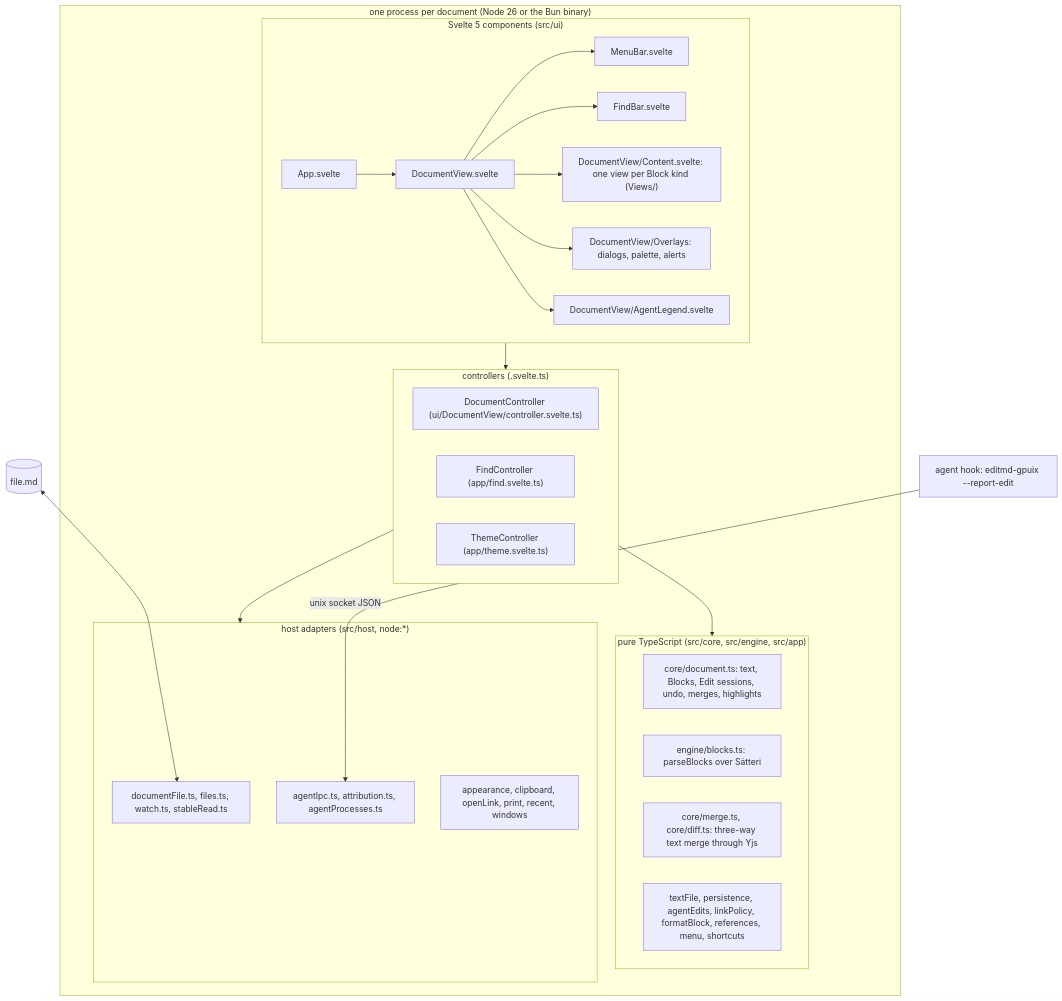
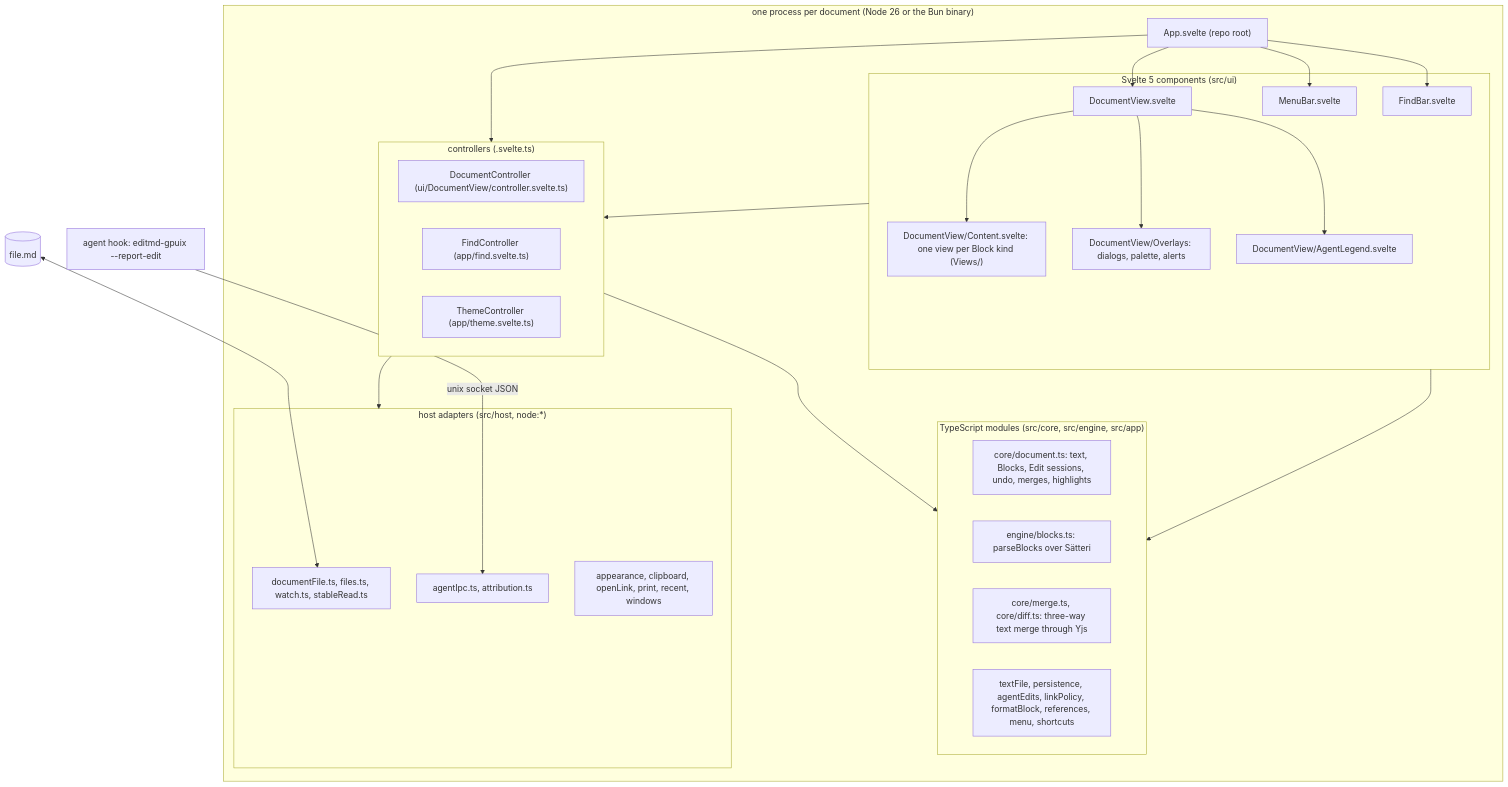
Before and after one commit to fubits1/svelte-gpuix-editmd: the first of 3 diagrams in docs/architecture.md, drawn with Mermaid. The commit also changed other lines of this file and 107 other files, not shown here.

````diff
--- a/docs/architecture.md
+++ b/docs/architecture.md
@@ -15,33 +15,38 @@
 ```mermaid
 flowchart TB
   subgraph Process["one process per document (Node 26 or the Bun binary)"]
     subgraph UI["Svelte 5 components (src/ui)"]
-      App[App.svelte] --> DocView[DocumentView.svelte]
-      DocView --> Menu[MenuBar.svelte]
-      DocView --> Find[FindBar.svelte]
+      DocView[DocumentView.svelte]
+      Menu[MenuBar.svelte]
+      Find[FindBar.svelte]
       DocView --> Content["DocumentView/Content.svelte: one view per Block kind (Views/)"]
       DocView --> Overlays["DocumentView/Overlays: dialogs, palette, alerts"]
       DocView --> Legend[DocumentView/AgentLegend.svelte]
     end
+    App["App.svelte (repo root)"] --> DocView
+    App --> Menu
+    App --> Find
+    App --> Ctl
     subgraph Ctl["controllers (.svelte.ts)"]
       DocCtl["DocumentController (ui/DocumentView/controller.svelte.ts)"]
       FindCtl["FindController (app/find.svelte.ts)"]
       ThemeCtl["ThemeController (app/theme.svelte.ts)"]
     end
-    subgraph Core["pure TypeScript (src/core, src/engine, src/app)"]
+    subgraph Core["TypeScript modules (src/core, src/engine, src/app)"]
       Doc["core/document.ts: text, Blocks, Edit sessions, undo, merges, highlights"]
       Engine["engine/blocks.ts: parseBlocks over Sätteri"]
       Merge["core/merge.ts, core/diff.ts: three-way text merge through Yjs"]
       Rules["textFile, persistence, agentEdits, linkPolicy, formatBlock, references, menu, shortcuts"]
     end
     subgraph Host["host adapters (src/host, node:*)"]
       File["documentFile.ts, files.ts, watch.ts, stableRead.ts"]
-      Ipc["agentIpc.ts, attribution.ts, agentProcesses.ts"]
+      Ipc["agentIpc.ts, attribution.ts"]
       Os["appearance, clipboard, openLink, print, recent, windows"]
     end
     UI --> Ctl --> Core
+    UI --> Core
     Ctl --> Host
   end
   Hook["agent hook: editmd-gpuix --report-edit"] -->|unix socket JSON| Ipc
   Disk[(file.md)] <--> File
 ```
````
